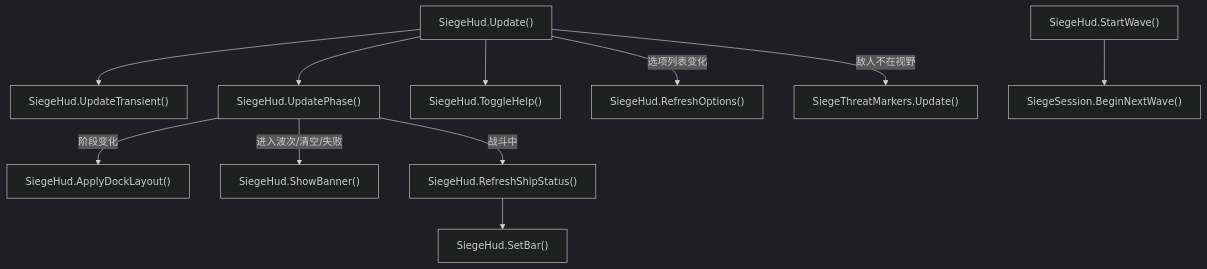
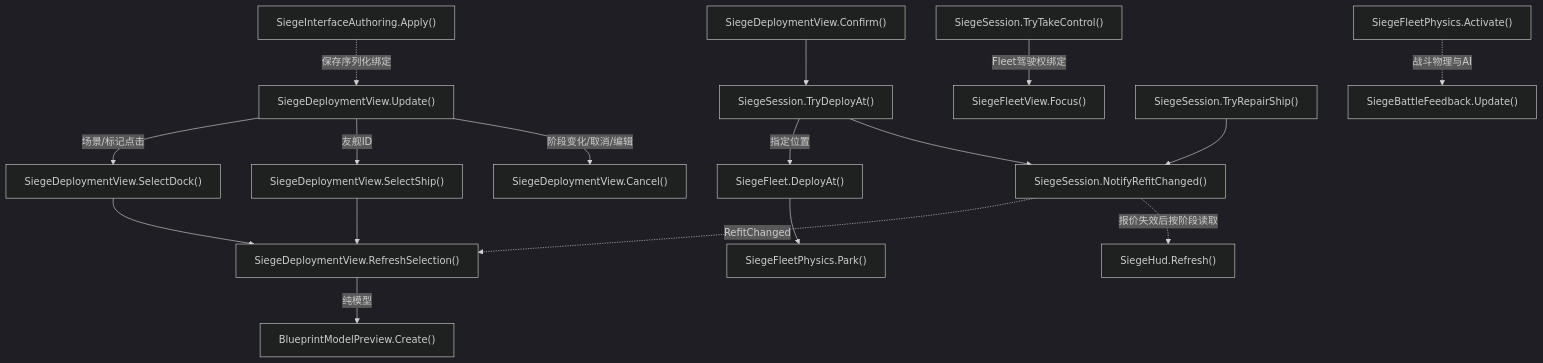
Diagram 35 of 43 in Docs/RuntimeFlow.md (kukudia/HY-Sandbox), drawn with Mermaid (dark theme) before and after one commit. The commit also changed other lines of this file and 49 other files, not shown here.

````diff
--- a/Docs/RuntimeFlow.md
+++ b/Docs/RuntimeFlow.md
@@ -3278,37 +3303,55 @@
 ```mermaid
 flowchart TD
-    A["SiegeHud.Update()"]
-    click A "../Assets/Scripts/Features/Siege/SiegeHud.cs#L165" "打开源码"
-    B["SiegeHud.UpdateTransient()"]
-    click B "../Assets/Scripts/Features/Siege/SiegeHud.cs#L281" "打开源码"
-    C["SiegeHud.UpdatePhase()"]
-    click C "../Assets/Scripts/Features/Siege/SiegeHud.cs#L314" "打开源码"
-    D["SiegeHud.ApplyDockLayout()"]
-    click D "../Assets/Scripts/Features/Siege/SiegeHud.cs#L414" "打开源码"
-    E["SiegeHud.ShowBanner()"]
-    click E "../Assets/Scripts/Features/Siege/SiegeHud.cs#L504" "打开源码"
-    F["SiegeHud.RefreshShipStatus()"]
-    click F "../Assets/Scripts/Features/Siege/SiegeHud.cs#L455" "打开源码"
-    G["SiegeHud.SetBar()"]
-    click G "../Assets/Scripts/Features/Siege/SiegeHud.cs#L488" "打开源码"
-    H["SiegeHud.ToggleHelp()"]
-    click H "../Assets/Scripts/Features/Siege/SiegeHud.cs#L532" "打开源码"
-    I["SiegeHud.StartWave()"]
-    click I "../Assets/Scripts/Features/Siege/SiegeHud.cs#L609" "打开源码"
-    J["SiegeSession.BeginNextWave()"]
-    click J "../Assets/Scripts/Features/Siege/SiegeSession.cs#L216" "打开源码"
-    O["SiegeHud.RefreshOptions()"]
-    click O "../Assets/Scripts/Features/Siege/SiegeHud.cs#L560" "打开源码"
-    P["SiegeThreatMarkers.Update()"]
-    click P "../Assets/Scripts/Features/Siege/SiegeThreatMarkers.cs#L99" "打开源码"
-    A --> B
-    A --> C
-    A --> H
-    A -->|选项列表变化| O
-    C -->|阶段变化| D
-    C -->|进入波次/清空/失败| E
-    C -->|战斗中| F
-    F --> G
-    A -->|敌人不在视野| P
-    I --> J
+    A["SiegeDeploymentView.Update()"]
+    click A "../Assets/Scripts/Features/Siege/SiegeDeploymentView.cs#L85" "打开源码"
+    B["SiegeDeploymentView.SelectDock()"]
+    click B "../Assets/Scripts/Features/Siege/SiegeDeploymentView.cs#L163" "打开源码"
+    C["SiegeDeploymentView.RefreshSelection()"]
+    click C "../Assets/Scripts/Features/Siege/SiegeDeploymentView.cs#L239" "打开源码"
+    D["BlueprintModelPreview.Create()"]
+    click D "../Assets/Scripts/Features/Building/BlueprintModelPreview.cs#L8" "打开源码"
+    E["SiegeDeploymentView.Confirm()"]
+    click E "../Assets/Scripts/Features/Siege/SiegeDeploymentView.cs#L290" "打开源码"
+    F["SiegeSession.TryDeployAt()"]
+    click F "../Assets/Scripts/Features/Siege/SiegeSession.cs#L249" "打开源码"
+    G["SiegeFleet.DeployAt()"]
+    click G "../Assets/Scripts/Features/Siege/SiegeFleet.cs#L54" "打开源码"
+    H["SiegeDeploymentView.SelectShip()"]
+    click H "../Assets/Scripts/Features/Siege/SiegeDeploymentView.cs#L183" "打开源码"
+    I["SiegeSession.TryTakeControl()"]
+    click I "../Assets/Scripts/Features/Siege/SiegeSession.cs#L267" "打开源码"
+    J["SiegeFleetView.Focus()"]
+    click J "../Assets/Scripts/Features/Siege/SiegeFleetView.cs#L7" "打开源码"
+    K["SiegeSession.TryRepairShip()"]
+    click K "../Assets/Scripts/Features/Siege/SiegeSession.cs#L289" "打开源码"
+    L["SiegeSession.NotifyRefitChanged()"]
+    click L "../Assets/Scripts/Features/Siege/SiegeSession.cs#L244" "打开源码"
+    M["SiegeHud.Refresh()"]
+    click M "../Assets/Scripts/Features/Siege/SiegeHud.cs#L63" "打开源码"
+    N["SiegeBattleFeedback.Update()"]
+    click N "../Assets/Scripts/Features/Siege/SiegeBattleFeedback.cs#L22" "打开源码"
+    O["SiegeInterfaceAuthoring.Apply()"]
+    click O "../Assets/Editor/Siege/SiegeInterfaceAuthoring.cs#L17" "打开源码"
+    P["SiegeDeploymentView.Cancel()"]
+    click P "../Assets/Scripts/Features/Siege/SiegeDeploymentView.cs#L329" "打开源码"
+    Q["SiegeFleetPhysics.Park()"]
+    click Q "../Assets/Scripts/Features/Siege/SiegeFleetPhysics.cs#L7" "打开源码"
+    R["SiegeFleetPhysics.Activate()"]
+    click R "../Assets/Scripts/Features/Siege/SiegeFleetPhysics.cs#L25" "打开源码"
+    A -->|场景/标记点击| B
+    B --> C
+    C -->|纯模型| D
+    E --> F
+    F -->|指定位置| G
+    G --> Q
+    F --> L
+    A -->|友舰ID| H
+    H --> C
+    I -->|Fleet驾驶权绑定| J
+    K --> L
+    L -.->|RefitChanged| C
+    L -.->|报价失效后按阶段读取| M
+    A -->|阶段变化/取消/编辑| P
+    O -.->|保存序列化绑定| A
+    R -.->|战斗物理与AI| N
 ```
````
